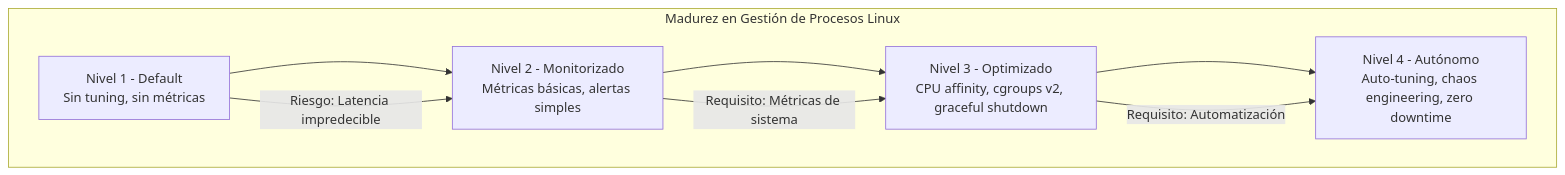
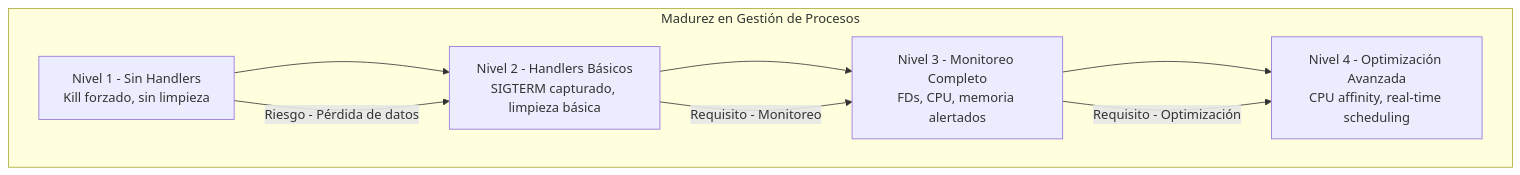
The fourth of 4 diagrams in 05_SRE_DevOps/linux_gestion_avanzada_de_procesos_scheduling_y_senales_en_sistemas_productivos_STAFF.md (Joaquinriosheredia/DAM-Java-Mastery), drawn with Mermaid before and after one commit. The commit also changed other lines of this file, not shown here.

Commit message:
linux_gestion_avanzada_de_procesos_scheduling_y_senales_en_sistemas_productivos_STAFF.md

````diff
--- a/05_SRE_DevOps/linux_gestion_avanzada_de_procesos_scheduling_y_senales_en_sistemas_productivos_STAFF.md
+++ b/05_SRE_DevOps/linux_gestion_avanzada_de_procesos_scheduling_y_senales_en_sistemas_productivos_STAFF.md
@@ -709,13 +747,13 @@
 ```mermaid
 graph TD
-    subgraph "Madurez en Gestión de Procesos Linux"
-        L1[Nivel 1 - Default<br/>Sin tuning, sin métricas] --> L2
-        L2[Nivel 2 - Monitorizado<br/>Métricas básicas, alertas simples] --> L3
-        L3[Nivel 3 - Optimizado<br/>CPU affinity, cgroups v2, graceful shutdown] --> L4
-        L4[Nivel 4 - Autónomo<br/>Auto-tuning, chaos engineering, zero downtime]
+    subgraph "Madurez en Gestión de Procesos"
+        L1[Nivel 1 - Sin Handlers<br/>Kill forzado, sin limpieza] --> L2
+        L2[Nivel 2 - Handlers Básicos<br/>SIGTERM capturado, limpieza básica] --> L3
+        L3[Nivel 3 - Monitoreo Completo<br/>FDs, CPU, memoria alertados] --> L4
+        L4[Nivel 4 - Optimización Avanzada<br/>CPU affinity, real-time scheduling]
     end
     
-    L1 -->|Riesgo: Latencia impredecible| L2
-    L2 -->|Requisito: Métricas de sistema| L3
-    L3 -->|Requisito: Automatización| L4
+    L1 -->|Riesgo - Pérdida de datos| L2
+    L2 -->|Requisito - Monitoreo| L3
+    L3 -->|Requisito - Optimización| L4
 ```
````
